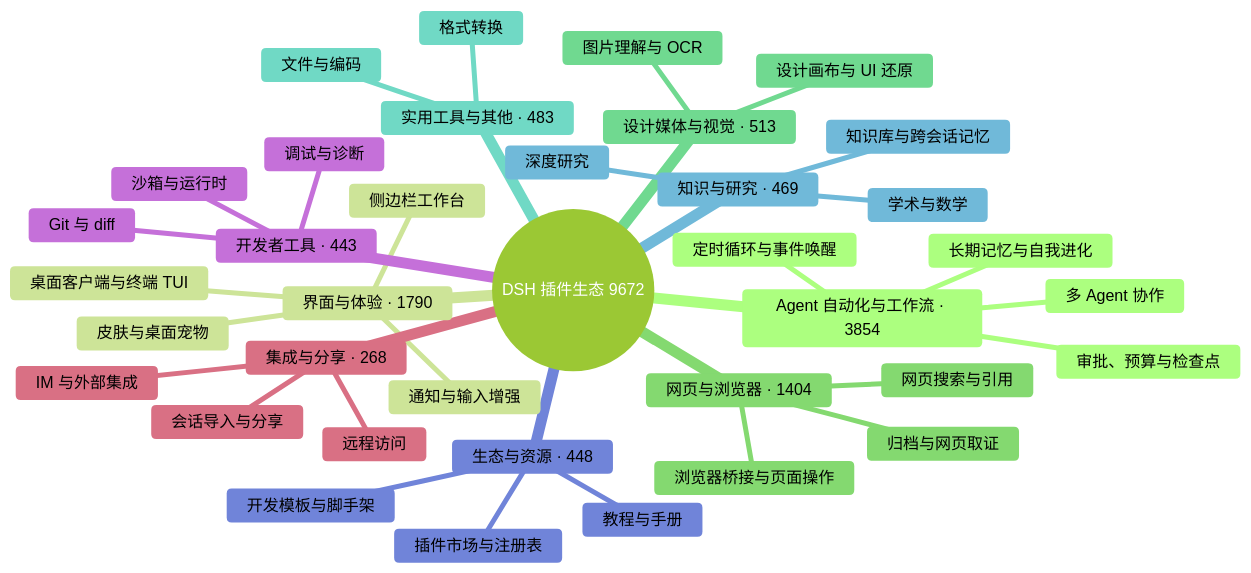
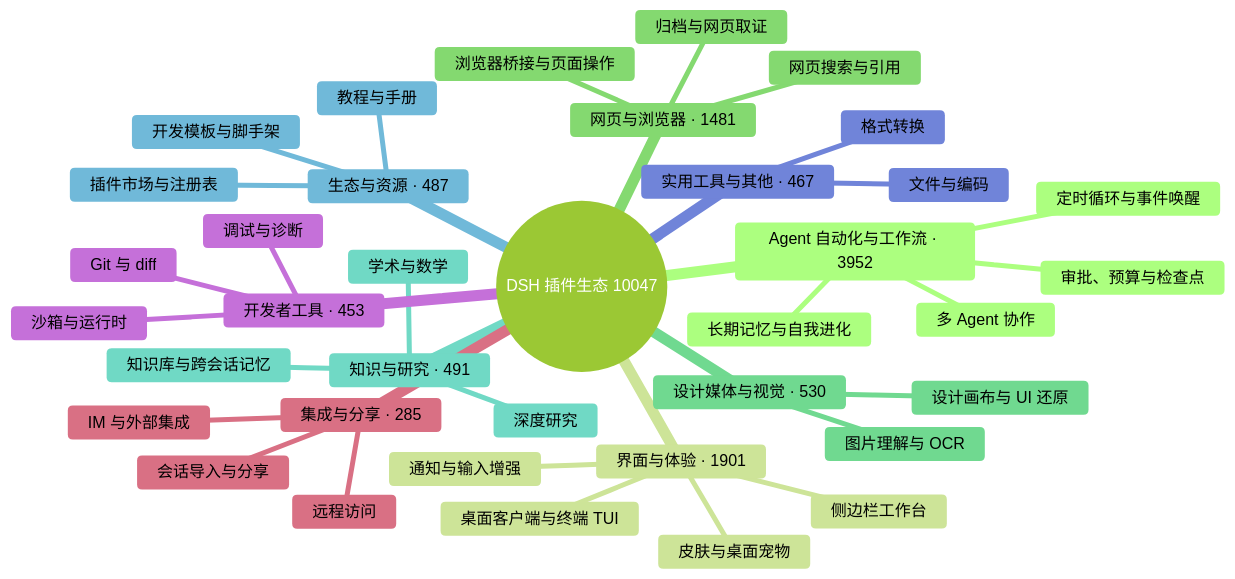
One commit to the-beating-light-of-the-nail/dsh-meme-hub-site changed the diagram in public/readmes/bruc3van-awesome-dsh-plugin.md. Above: the diagram before and after it, drawn with Mermaid (forest theme). The commit also changed other lines of this file and 284 other files, not shown here.

````diff
--- a/public/readmes/bruc3van-awesome-dsh-plugin.md
+++ b/public/readmes/bruc3van-awesome-dsh-plugin.md
@@ -32,40 +33,40 @@
 ```mermaid
 mindmap
-  root((DSH 插件生态 9672))
-    Agent 自动化与工作流 · 3854
+  root((DSH 插件生态 10047))
+    Agent 自动化与工作流 · 3952
       定时循环与事件唤醒
       多 Agent 协作
       长期记忆与自我进化
       审批、预算与检查点
-    界面与体验 · 1790
+    界面与体验 · 1901
       桌面客户端与终端 TUI
       侧边栏工作台
       皮肤与桌面宠物
       通知与输入增强
-    网页与浏览器 · 1404
+    网页与浏览器 · 1481
       浏览器桥接与页面操作
       网页搜索与引用
       归档与网页取证
-    设计媒体与视觉 · 513
+    设计媒体与视觉 · 530
       图片理解与 OCR
       设计画布与 UI 还原
-    实用工具与其他 · 483
-      文件与编码
-      格式转换
-    知识与研究 · 469
+    知识与研究 · 491
       知识库与跨会话记忆
       深度研究
       学术与数学
-    生态与资源 · 448
+    生态与资源 · 487
       插件市场与注册表
       开发模板与脚手架
       教程与手册
-    开发者工具 · 443
+    实用工具与其他 · 467
+      文件与编码
+      格式转换
+    开发者工具 · 453
       Git 与 diff
       沙箱与运行时
       调试与诊断
-    集成与分享 · 268
+    集成与分享 · 285
       会话导入与分享
       远程访问
       IM 与外部集成
 ```
````
